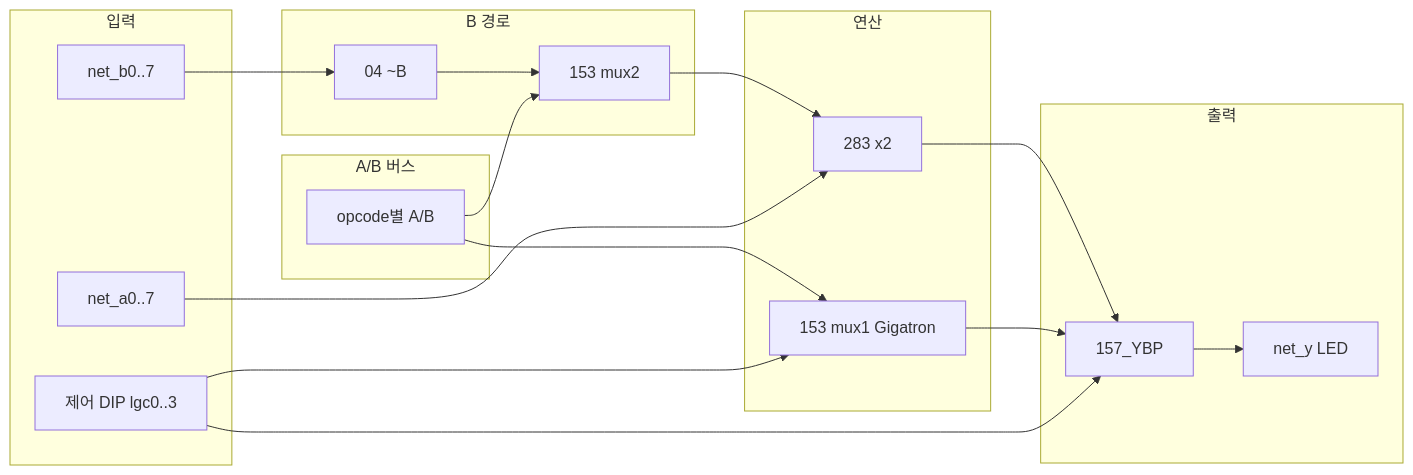
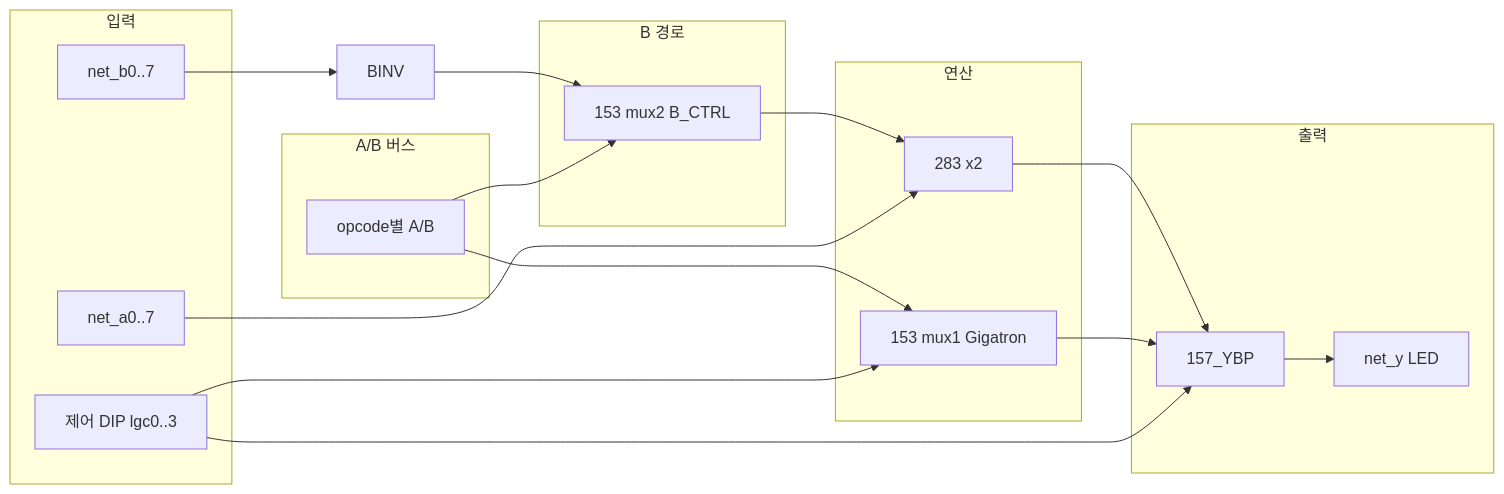
Before and after one commit to Flkalas/plover: the diagram in docs/normative/hw-bringup/alu8-assembly-spec.md, drawn with Mermaid. The commit also changed other lines of this file and 10 other files, not shown here.

````diff
--- a/docs/normative/hw-bringup/alu8-assembly-spec.md
+++ b/docs/normative/hw-bringup/alu8-assembly-spec.md
@@ -37,32 +37,31 @@
 ```mermaid
 flowchart LR
   subgraph inputs [입력]
     A[net_a0..7]
     B[net_b0..7]
     CTL[제어 DIP lgc0..3]
   end
   subgraph bpath [B 경로]
-    BINV[04 ~B]
-    MUX[153 mux2]
+    MUX[153 mux2 B_CTRL]
   end
   subgraph core [연산]
     ADD[283 x2]
     LOGIC[153 mux1 Gigatron]
   end
   subgraph ab [A/B 버스]
     ABBUS[opcode별 A/B]
   end
   subgraph out [출력]
     YBP[157_YBP]
     Y[net_y LED]
   end
   B --> BINV --> MUX --> ADD
   A --> ADD
   ABBUS --> MUX
   ABBUS --> LOGIC
   CTL --> LOGIC
   ADD --> YBP
   LOGIC --> YBP
   CTL --> YBP
   YBP --> Y
 ```
````
